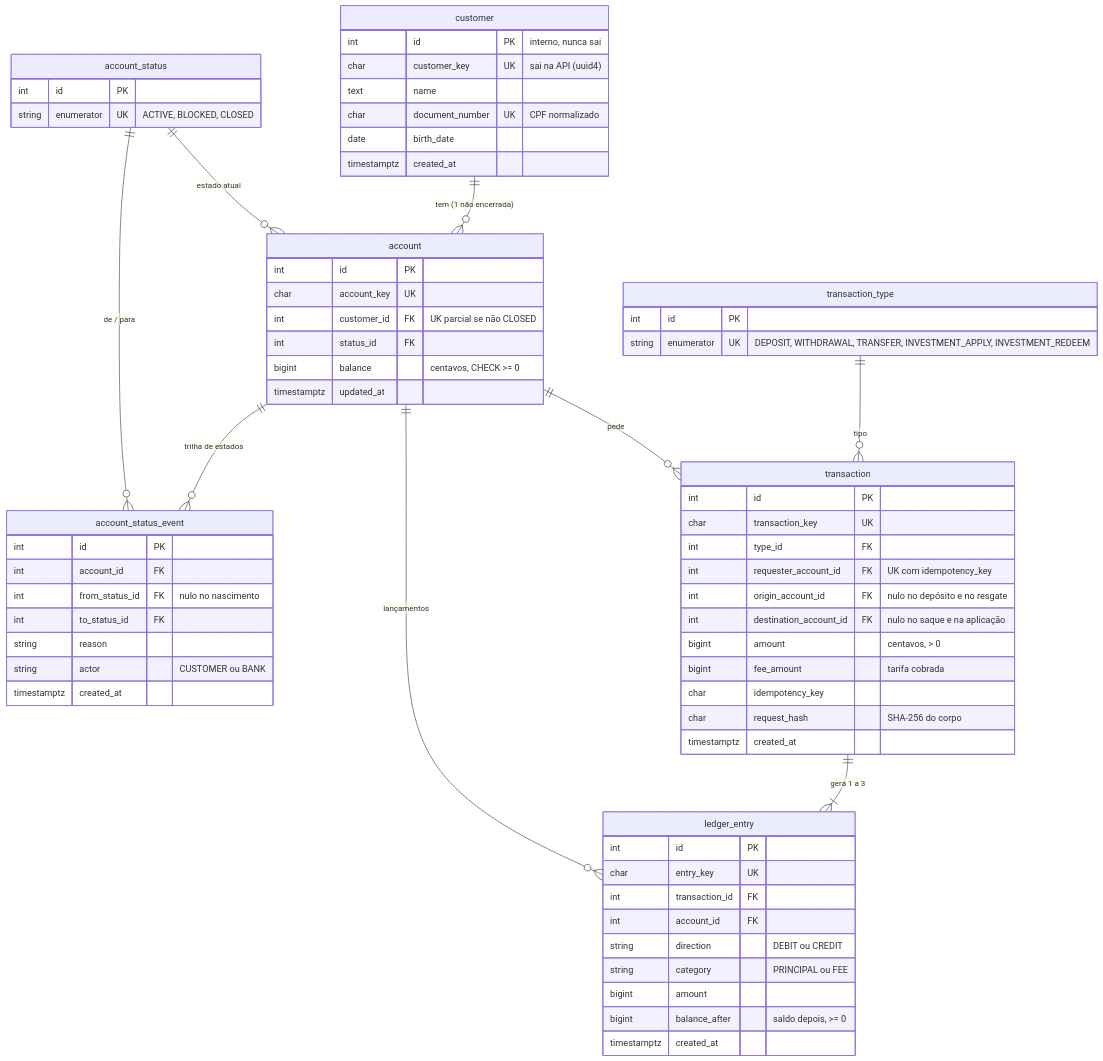
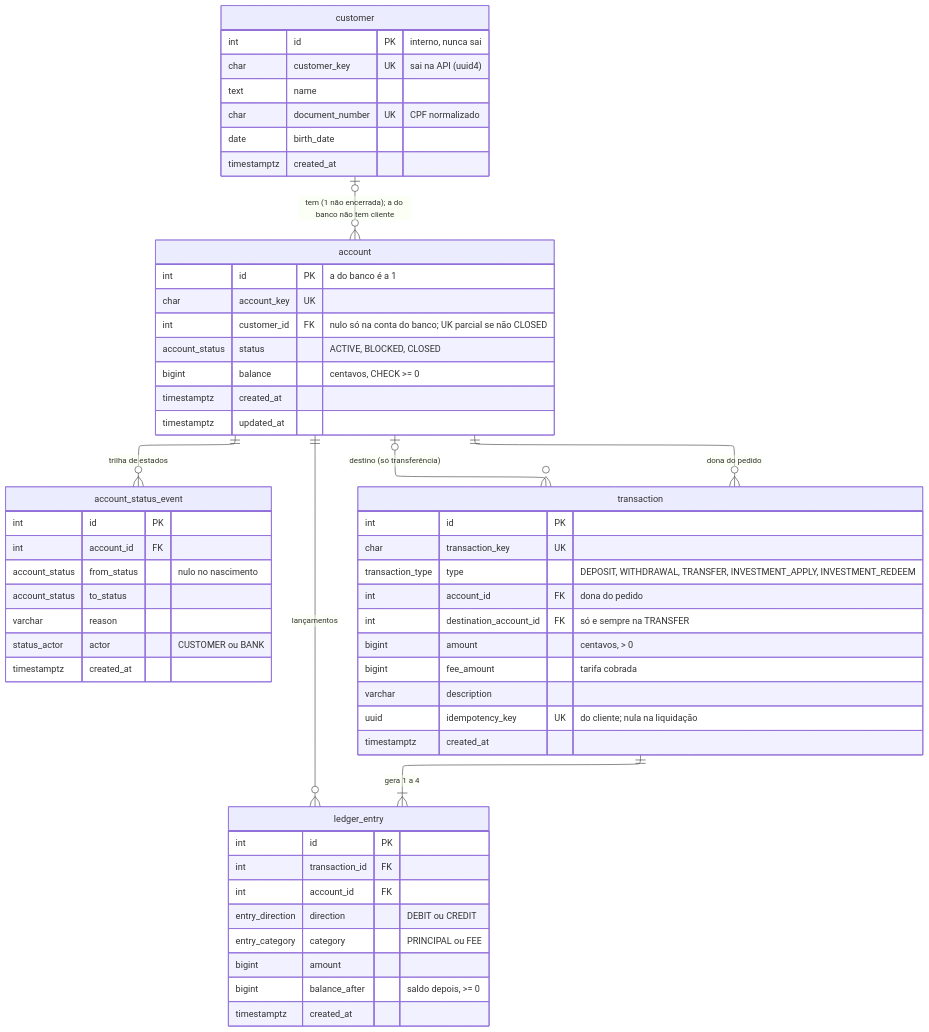
One commit to heluylucas/bootcamp-qi-tech-presidas- changed the diagram in docs/diagramas/er-nucleo.mmd. Above: the diagram before and after it, drawn with Mermaid. The commit also changed 15 other files, not shown here.

Commit message:
:hammer: update: er-&-flow-diagrams

```diff
--- a/docs/diagramas/er-nucleo.mmd
+++ b/docs/diagramas/er-nucleo.mmd
@@ -1,67 +1,63 @@
+---
+config:
+  layout: elk
+  elk:
+    mergeEdges: false
+    nodePlacementStrategy: NETWORK_SIMPLEX
+---
 erDiagram
-    customer ||--o{ account : "tem (1 não encerrada)"
-    account_status ||--o{ account : "estado atual"
+    customer |o--o{ account : "tem (1 não encerrada); a do banco não tem cliente"
     account ||--o{ account_status_event : "trilha de estados"
-    account_status ||--o{ account_status_event : "de / para"
-    transaction_type ||--o{ transaction : "tipo"
-    account ||--o{ transaction : "pede"
-    transaction ||--|{ ledger_entry : "gera 1 a 3"
+    account ||--o{ transaction : "dona do pedido"
+    account |o--o{ transaction : "destino (só transferência)"
+    transaction ||--|{ ledger_entry : "gera 1 a 4"
     account ||--o{ ledger_entry : "lançamentos"
 
     customer {
         int id PK "interno, nunca sai"
         char customer_key UK "sai na API (uuid4)"
         text name
         char document_number UK "CPF normalizado"
         date birth_date
         timestamptz created_at
     }
     account {
-        int id PK
+        int id PK "a do banco é a 1"
         char account_key UK
-        int customer_id FK "UK parcial se não CLOSED"
-        int status_id FK
+        int customer_id FK "nulo só na conta do banco; UK parcial se não CLOSED"
+        account_status status "ACTIVE, BLOCKED, CLOSED"
         bigint balance "centavos, CHECK >= 0"
+        timestamptz created_at
         timestamptz updated_at
-    }
-    account_status {
-        int id PK
-        string enumerator UK "ACTIVE, BLOCKED, CLOSED"
     }
     account_status_event {
         int id PK
         int account_id FK
-        int from_status_id FK "nulo no nascimento"
-        int to_status_id FK
-        string reason
-        string actor "CUSTOMER ou BANK"
+        account_status from_status "nulo no nascimento"
+        account_status to_status
+        varchar reason
+        status_actor actor "CUSTOMER ou BANK"
         timestamptz created_at
-    }
-    transaction_type {
-        int id PK
-        string enumerator UK "DEPOSIT, WITHDRAWAL, TRANSFER, INVESTMENT_APPLY, INVESTMENT_REDEEM"
     }
     transaction {
         int id PK
         char transaction_key UK
-        int type_id FK
-        int requester_account_id FK "UK com idempotency_key"
-        int origin_account_id FK "nulo no depósito e no resgate"
-        int destination_account_id FK "nulo no saque e na aplicação"
+        transaction_type type "DEPOSIT, WITHDRAWAL, TRANSFER, INVESTMENT_APPLY, INVESTMENT_REDEEM"
+        int account_id FK "dona do pedido"
+        int destination_account_id FK "só e sempre na TRANSFER"
         bigint amount "centavos, > 0"
         bigint fee_amount "tarifa cobrada"
-        char idempotency_key
-        char request_hash "SHA-256 do corpo"
+        varchar description
+        uuid idempotency_key UK "do cliente; nula na liquidação"
         timestamptz created_at
     }
     ledger_entry {
         int id PK
-        char entry_key UK
         int transaction_id FK
         int account_id FK
-        string direction "DEBIT ou CREDIT"
-        string category "PRINCIPAL ou FEE"
+        entry_direction direction "DEBIT ou CREDIT"
+        entry_category category "PRINCIPAL ou FEE"
         bigint amount
         bigint balance_after "saldo depois, >= 0"
         timestamptz created_at
     }
```
